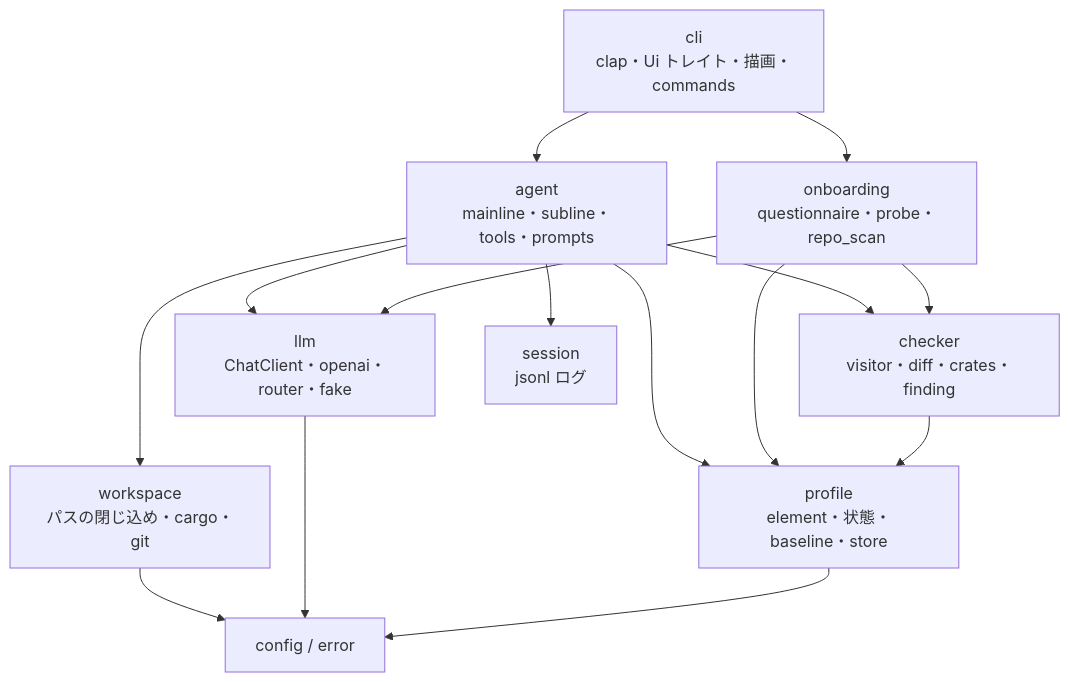
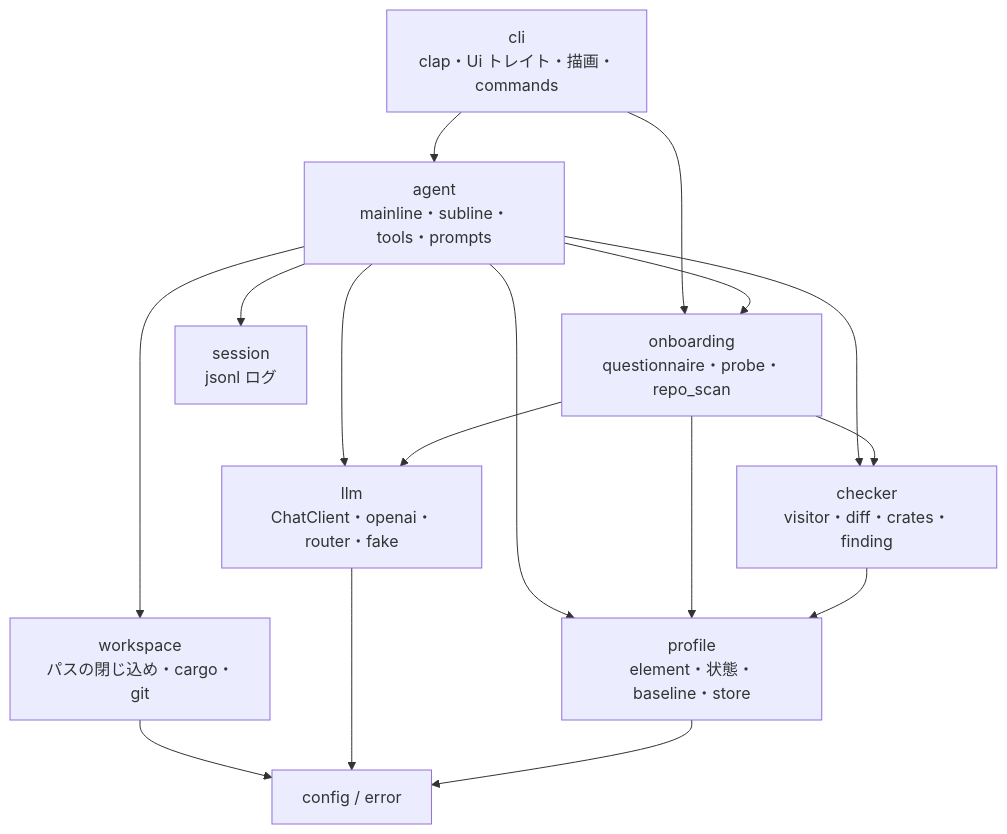
The seventh of 9 diagrams in PRD.ja.md (sumiredc/molt), drawn with Mermaid before and after one commit. The commit also changed 4 other files, not shown here.

````diff
--- a/PRD.ja.md
+++ b/PRD.ja.md
@@ -309,17 +309,18 @@
 ```mermaid
 flowchart TB
   cli["cli<br/>clap・Ui トレイト・描画・commands"] --> agent["agent<br/>mainline・subline・tools・prompts"]
   cli --> onboarding["onboarding<br/>questionnaire・probe・repo_scan"]
   agent --> workspace["workspace<br/>パスの閉じ込め・cargo・git"]
   agent --> checker["checker<br/>visitor・diff・crates・finding"]
   agent --> llm["llm<br/>ChatClient・openai・router・fake"]
   agent --> profile["profile<br/>element・状態・baseline・store"]
   agent --> session["session<br/>jsonl ログ"]
+  agent --> onboarding
   onboarding --> checker
   onboarding --> llm
   onboarding --> profile
   checker --> profile
   workspace --> config["config / error"]
   llm --> config
   profile --> config
 ```
````
